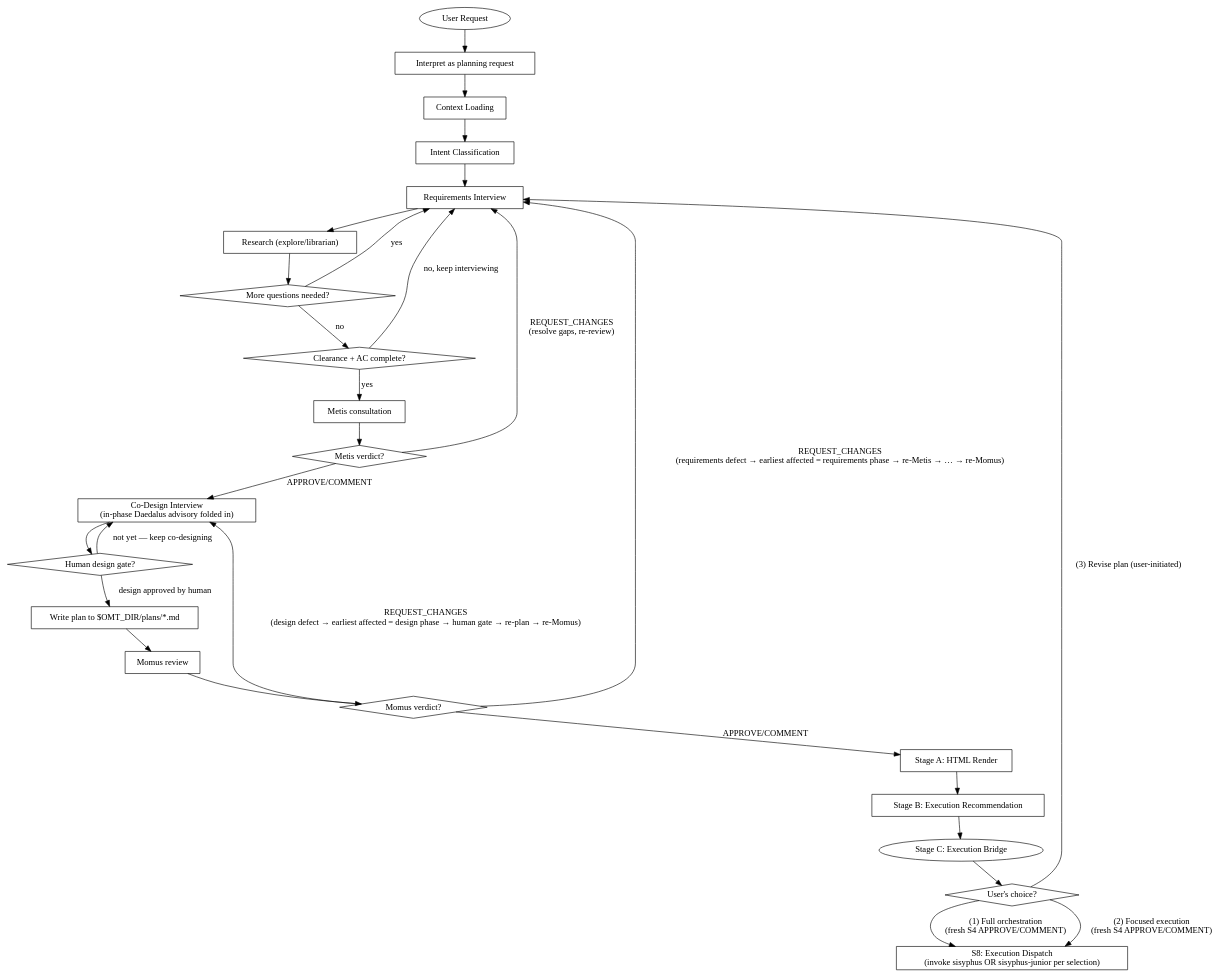
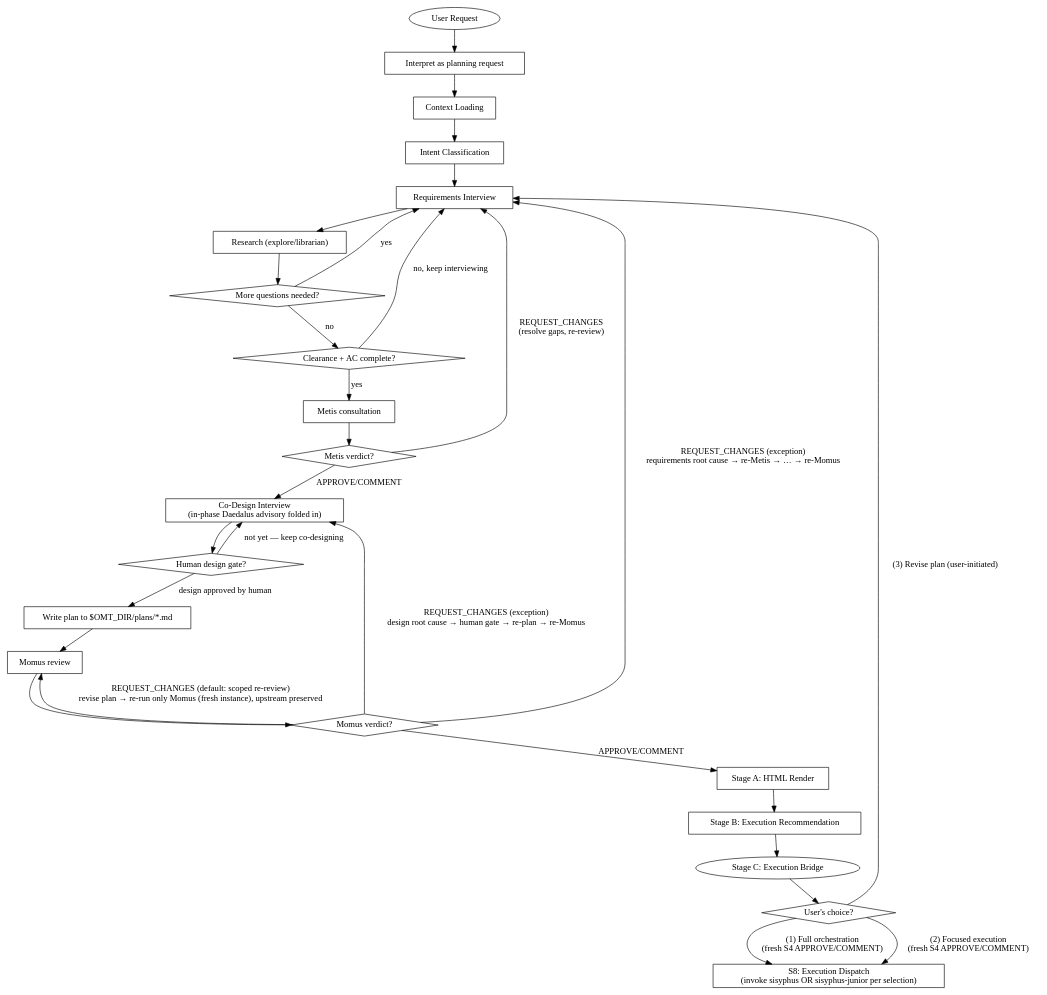
The diagram in skills/prometheus/SKILL.md (toongri/oh-my-toong-playground), drawn with Graphviz before and after one commit. The commit also changed other lines of this file, not shown here.

First line of the commit message:
refactor: prometheus 거부 시 scoped 재검토 기본화

````diff
--- a/skills/prometheus/SKILL.md
+++ b/skills/prometheus/SKILL.md
@@ -68,53 +68,54 @@
 ```dot
 digraph prometheus_flow {
     rankdir=TB;
     "User Request" [shape=ellipse];
     "Interpret as planning request" [shape=box];
     "Context Loading" [shape=box];
     "Intent Classification" [shape=box];
     "Requirements Interview" [shape=box];
     "Research (explore/librarian)" [shape=box];
     "More questions needed?" [shape=diamond];
     "Clearance + AC complete?" [shape=diamond];
     "Metis consultation" [shape=box];
     "Metis verdict?" [shape=diamond];
     "Co-Design Interview\n(in-phase Daedalus advisory folded in)" [shape=box];
     "Human design gate?" [shape=diamond];
     "Write plan to $OMT_DIR/plans/*.md" [shape=box];
     "Momus review" [shape=box];
     "Momus verdict?" [shape=diamond];
     "Stage A: HTML Render" [shape=box];
     "Stage B: Execution Recommendation" [shape=box];
     "Stage C: Execution Bridge" [shape=ellipse];
     "User's choice?" [shape=diamond];
     "S8: Execution Dispatch\n(invoke sisyphus OR sisyphus-junior per selection)" [shape=box];
 
     "User Request" -> "Interpret as planning request";
     "Interpret as planning request" -> "Context Loading";
     "Context Loading" -> "Intent Classification";
     "Intent Classification" -> "Requirements Interview";
     "Requirements Interview" -> "Research (explore/librarian)";
     "Research (explore/librarian)" -> "More questions needed?";
     "More questions needed?" -> "Requirements Interview" [label="yes"];
     "More questions needed?" -> "Clearance + AC complete?" [label="no"];
     "Clearance + AC complete?" -> "Requirements Interview" [label="no, keep interviewing"];
     "Clearance + AC complete?" -> "Metis consultation" [label="yes"];
     "Metis consultation" -> "Metis verdict?";
     "Metis verdict?" -> "Requirements Interview" [label="REQUEST_CHANGES\n(resolve gaps, re-review)"];
     "Metis verdict?" -> "Co-Design Interview\n(in-phase Daedalus advisory folded in)" [label="APPROVE/COMMENT"];
     "Co-Design Interview\n(in-phase Daedalus advisory folded in)" -> "Human design gate?";
     "Human design gate?" -> "Co-Design Interview\n(in-phase Daedalus advisory folded in)" [label="not yet — keep co-designing"];
     "Human design gate?" -> "Write plan to $OMT_DIR/plans/*.md" [label="design approved by human"];
     "Write plan to $OMT_DIR/plans/*.md" -> "Momus review";
     "Momus review" -> "Momus verdict?";
-    "Momus verdict?" -> "Requirements Interview" [label="REQUEST_CHANGES\n(requirements defect → earliest affected = requirements phase → re-Metis → … → re-Momus)"];
-    "Momus verdict?" -> "Co-Design Interview\n(in-phase Daedalus advisory folded in)" [label="REQUEST_CHANGES\n(design defect → earliest affected = design phase → human gate → re-plan → re-Momus)"];
+    "Momus verdict?" -> "Momus review" [label="REQUEST_CHANGES (default: scoped re-review)\nrevise plan → re-run only Momus (fresh instance), upstream preserved"];
+    "Momus verdict?" -> "Requirements Interview" [label="REQUEST_CHANGES (exception)\nrequirements root cause → re-Metis → … → re-Momus"];
+    "Momus verdict?" -> "Co-Design Interview\n(in-phase Daedalus advisory folded in)" [label="REQUEST_CHANGES (exception)\ndesign root cause → human gate → re-plan → re-Momus"];
     "Momus verdict?" -> "Stage A: HTML Render" [label="APPROVE/COMMENT"];
     "Stage A: HTML Render" -> "Stage B: Execution Recommendation";
     "Stage B: Execution Recommendation" -> "Stage C: Execution Bridge";
     "Stage C: Execution Bridge" -> "User's choice?";
     "User's choice?" -> "S8: Execution Dispatch\n(invoke sisyphus OR sisyphus-junior per selection)" [label="(1) Full orchestration\n(fresh S4 APPROVE/COMMENT)"];
     "User's choice?" -> "S8: Execution Dispatch\n(invoke sisyphus OR sisyphus-junior per selection)" [label="(2) Focused execution\n(fresh S4 APPROVE/COMMENT)"];
     "User's choice?" -> "Requirements Interview" [label="(3) Revise plan (user-initiated)"];
 }
 ```
````
